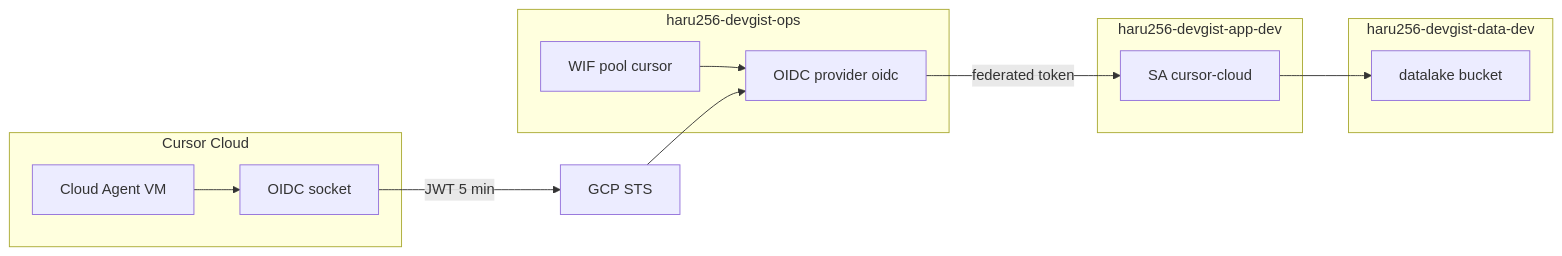
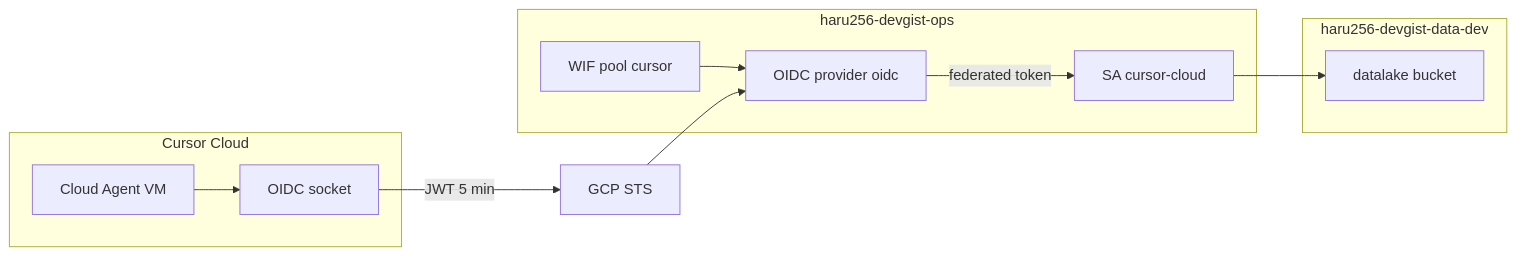
One commit to haru-256/devgist changed the first of 2 diagrams in docs/adr/infra/013-cursor-oidc-workload-identity-federation.md. Above: the diagram before and after it, drawn with Mermaid. The commit also changed other lines of this file, not shown here.

First line of the commit message:
docs(adr): place cursor-cloud SA in ops for cross-project IAM

````diff
--- a/docs/adr/infra/013-cursor-oidc-workload-identity-federation.md
+++ b/docs/adr/infra/013-cursor-oidc-workload-identity-federation.md
@@ -140,27 +149,24 @@
 ```mermaid
 flowchart LR
   subgraph cursorSide [Cursor Cloud]
     Agent[Cloud Agent VM]
     Socket[OIDC socket]
     Agent --> Socket
   end
 
   subgraph opsProject [haru256-devgist-ops]
     Pool[WIF pool cursor]
     Provider[OIDC provider oidc]
+    SA["SA cursor-cloud"]
     Pool --> Provider
-  end
-
-  subgraph appProject [haru256-devgist-app-dev]
-    SA["SA cursor-cloud"]
   end
 
   subgraph dataProject [haru256-devgist-data-dev]
     GCS[datalake bucket]
   end
 
   Socket -->|"JWT 5 min"| Sts[GCP STS]
   Sts --> Provider
   Provider -->|"federated token"| SA
   SA --> GCS
 ```
````
